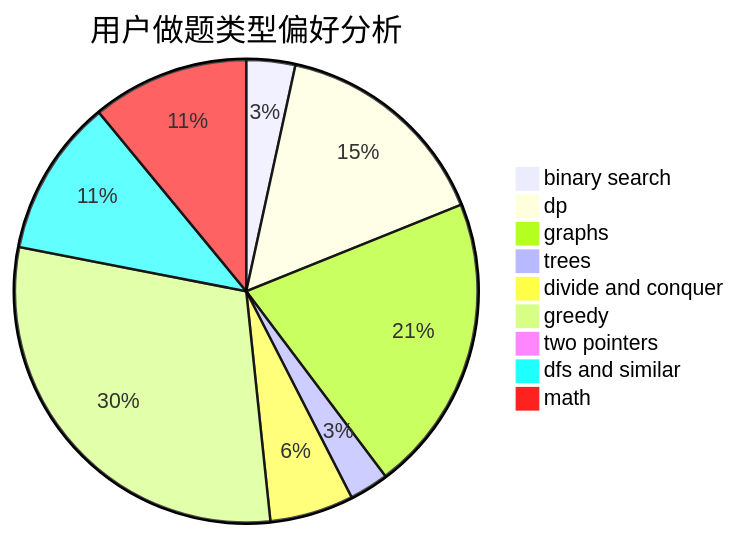
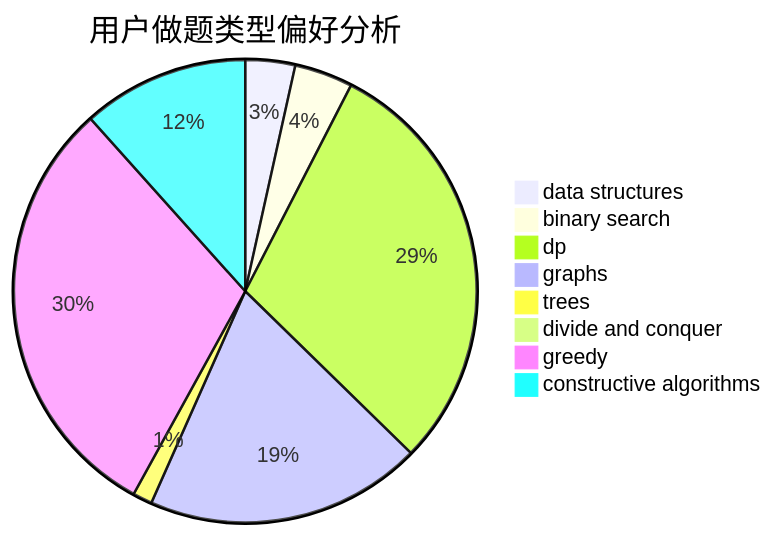
Before and after one commit to sherpahu/cfrs.github.io: the second of 3 diagrams in docs/user/u908.md, drawn with Mermaid. The commit also changed other lines of this file and 2775 other files, not shown here.

````diff
--- a/docs/user/u908.md
+++ b/docs/user/u908.md
@@ -23,12 +23,11 @@
 ```mermaid
 pie title 用户做题类型偏好分析
-    "binary search" :  46
-    "dp" :  209
-    "graphs" :  281
-    "trees" :  37
-    "divide and conquer" :  79
-    "greedy" :  401
-    "two pointers" :  0
-    "dfs and similar" :  148
-    "math" :  148
+    "data structures" :  23
+    "binary search" :  27
+    "dp" :  197
+    "graphs" :  128
+    "trees" :  9
+    "divide and conquer" :  6
+    "greedy" :  201
+    "constructive algorithms" :  77
 ```
````
